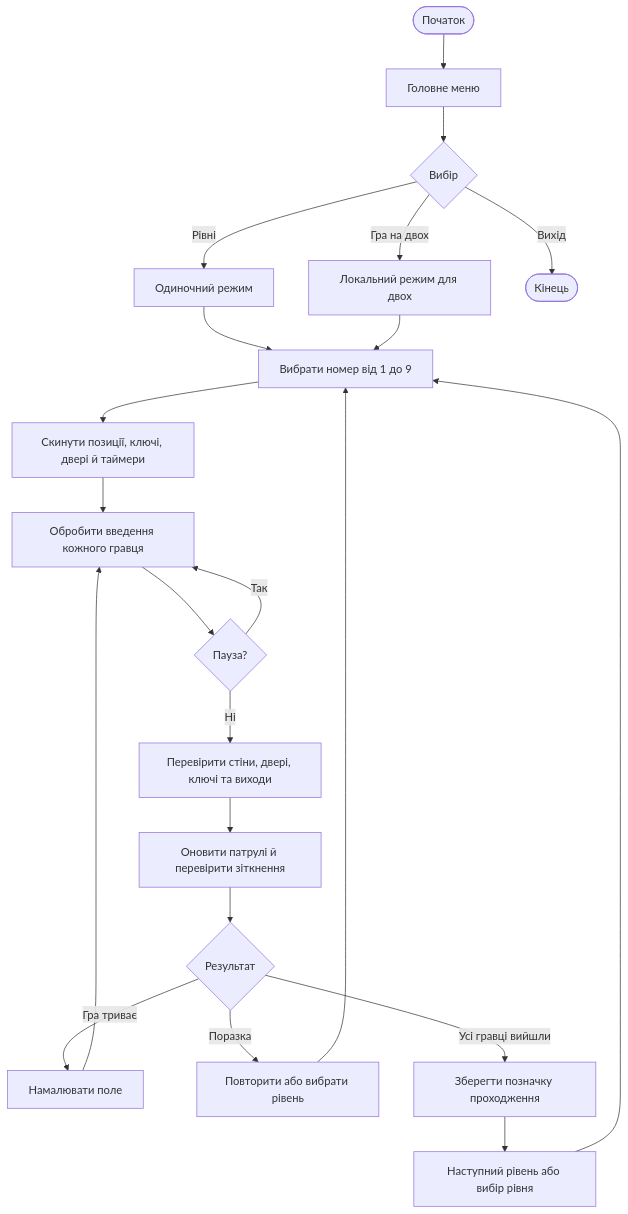
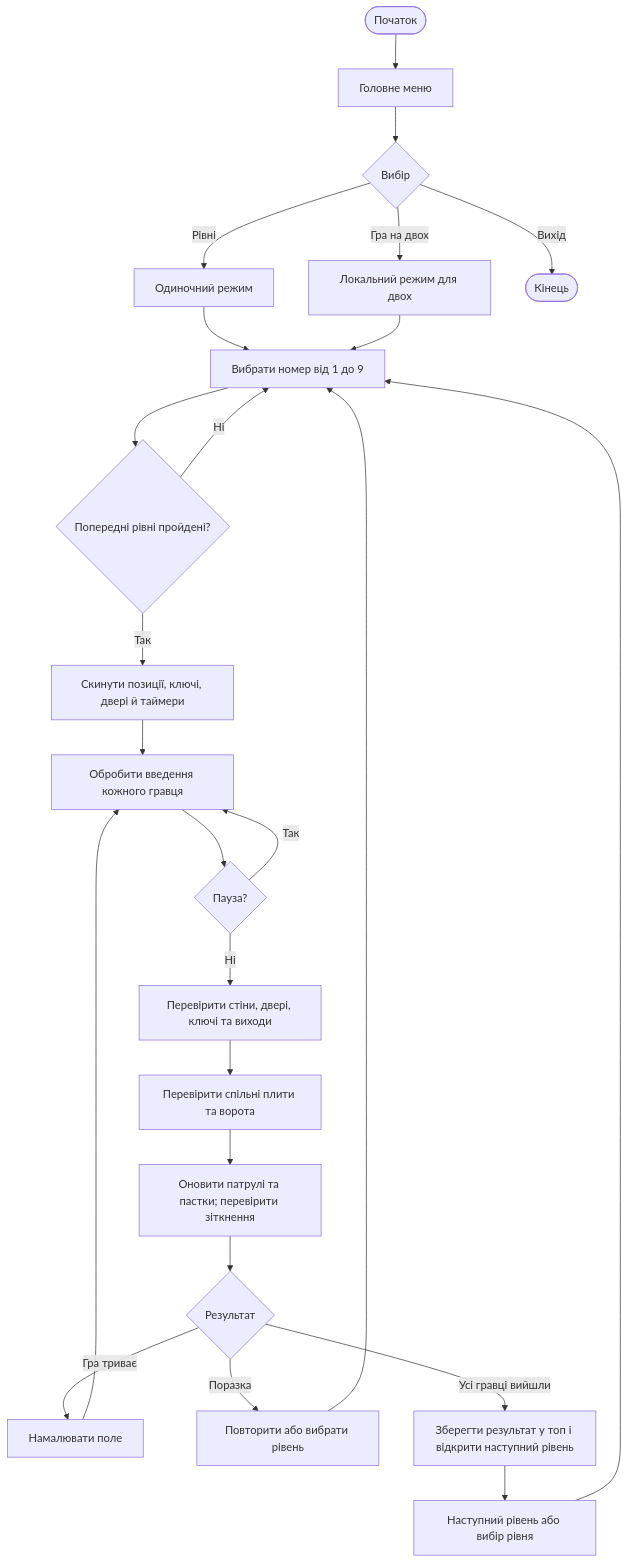
Before and after one commit to Quz1ro/Dungeon-Escape: the first of 2 diagrams in docs/diagrams.md, drawn with Mermaid. The commit also changed 12 other files, not shown here.

Commit message:
Ускладнено рівні, додано спільні механіки, блокування й топ

````diff
--- a/docs/diagrams.md
+++ b/docs/diagrams.md
@@ -3,24 +3,27 @@
 ```mermaid
 flowchart TD
     A([Початок]) --> B[Головне меню]
     B --> C{Вибір}
     C -->|Рівні| D[Одиночний режим]
     C -->|Гра на двох| E[Локальний режим для двох]
     C -->|Вихід| Z([Кінець])
     D --> F[Вибрати номер від 1 до 9]
     E --> F
-    F --> G[Скинути позиції, ключі, двері й таймери]
+    F --> LOCK{Попередні рівні пройдені?}
+    LOCK -->|Ні| F
+    LOCK -->|Так| G[Скинути позиції, ключі, двері й таймери]
     G --> H[Обробити введення кожного гравця]
     H --> I{Пауза?}
     I -->|Так| H
     I -->|Ні| J[Перевірити стіни, двері, ключі та виходи]
-    J --> K[Оновити патрулі й перевірити зіткнення]
+    J --> PLATES[Перевірити спільні плити та ворота]
+    PLATES --> K[Оновити патрулі та пастки; перевірити зіткнення]
     K --> L{Результат}
     L -->|Гра триває| M[Намалювати поле]
     M --> H
     L -->|Поразка| N[Повторити або вибрати рівень]
     N --> F
-    L -->|Усі гравці вийшли| O[Зберегти позначку проходження]
+    L -->|Усі гравці вийшли| O[Зберегти результат у топ і відкрити наступний рівень]
     O --> P[Наступний рівень або вибір рівня]
     P --> F
 ```
````
